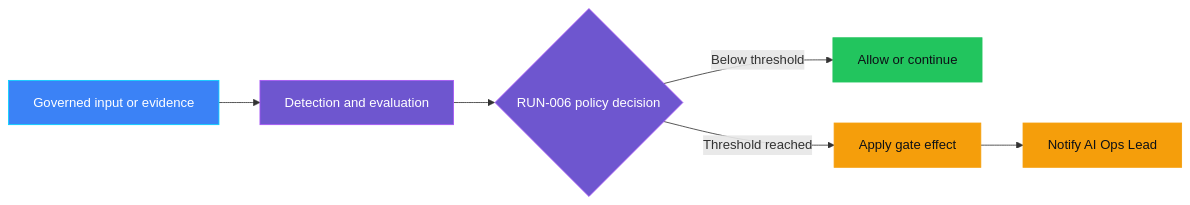
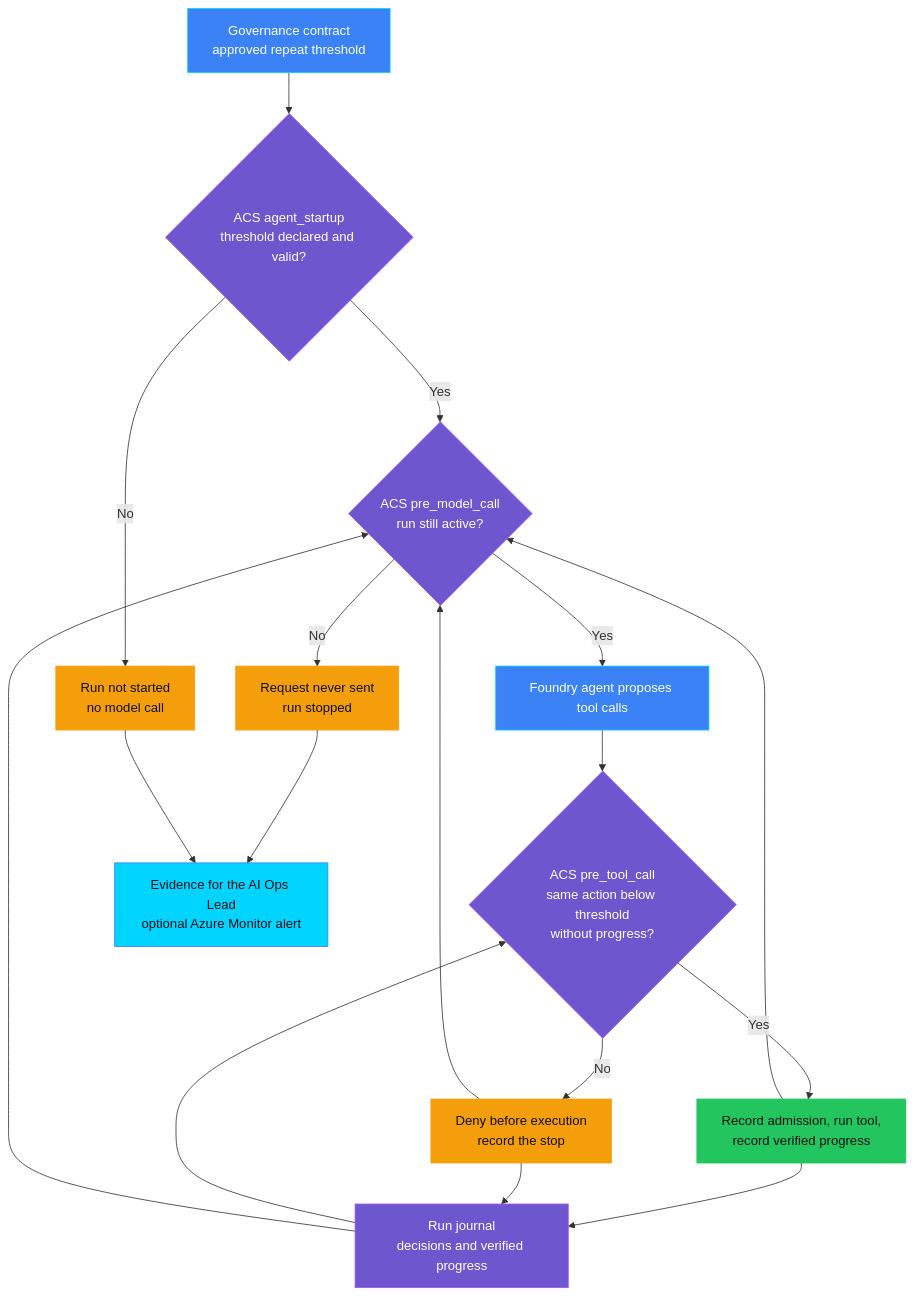
Before and after one commit to doruit/forged-with-foundry: the first of 2 diagrams in controls/runtime_and_operations/RUN-006_agent_loop_or_retry_storm/README.md, drawn with Mermaid. The commit also changed other lines of this file and 106 other files, not shown here.

First line of the commit message:
feat: runaway agent kill switch bundle (TOOL-003, RUN-006, AUT-004)

````diff
--- a/controls/runtime_and_operations/RUN-006_agent_loop_or_retry_storm/README.md
+++ b/controls/runtime_and_operations/RUN-006_agent_loop_or_retry_storm/README.md
@@ -56,17 +148,30 @@
 ```mermaid
-flowchart LR
-    I[Governed input or evidence] --> D[Detection and evaluation]
-    D --> P{RUN-006 policy decision}
-    P -->|Below threshold| A[Allow or continue]
-    P -->|Threshold reached| E[Apply gate effect]
-    E --> O[Notify AI Ops Lead]
+flowchart TB
+    C[Governance contract<br/>approved repeat threshold] --> S{ACS agent_startup<br/>threshold declared and valid?}
+    S -->|No| N[Run not started<br/>no model call]
+    S -->|Yes| M{ACS pre_model_call<br/>run still active?}
+    M -->|Yes| A[Foundry agent proposes tool calls]
+    M -->|No| X[Request never sent<br/>run stopped]
+    A --> P{ACS pre_tool_call<br/>same action below threshold<br/>without progress?}
+    J[Run journal<br/>decisions and verified progress] --> P
+    J --> M
+    P -->|Yes| R[Record admission, run tool,<br/>record verified progress]
+    R --> J
+    R --> M
+    P -->|No| D[Deny before execution<br/>record the stop]
+    D --> J
+    D --> M
+    X --> E[Evidence for the AI Ops Lead<br/>optional Azure Monitor alert]
+    N --> E
 
     classDef governance fill:#6E56CF,stroke:#A855F7,color:#FFFFFF
     classDef platform fill:#3B82F6,stroke:#00D4FF,color:#FFFFFF
     classDef success fill:#22C55E,stroke:#22C55E,color:#0D1117
     classDef attention fill:#F59E0B,stroke:#F59E0B,color:#0D1117
-    class D,P governance
-    class I platform
-    class A success
-    class E,O attention
+    classDef evidence fill:#00D4FF,stroke:#3B82F6,color:#0D1117
+    class S,M,P,J governance
+    class C,A platform
+    class R success
+    class N,X,D attention
+    class E evidence
 ```
````
